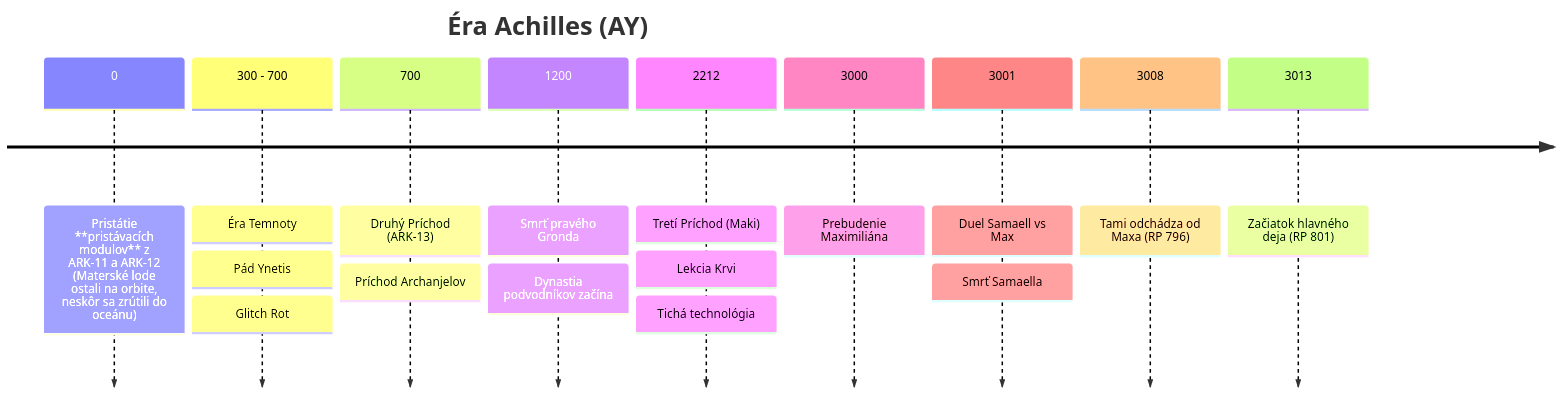
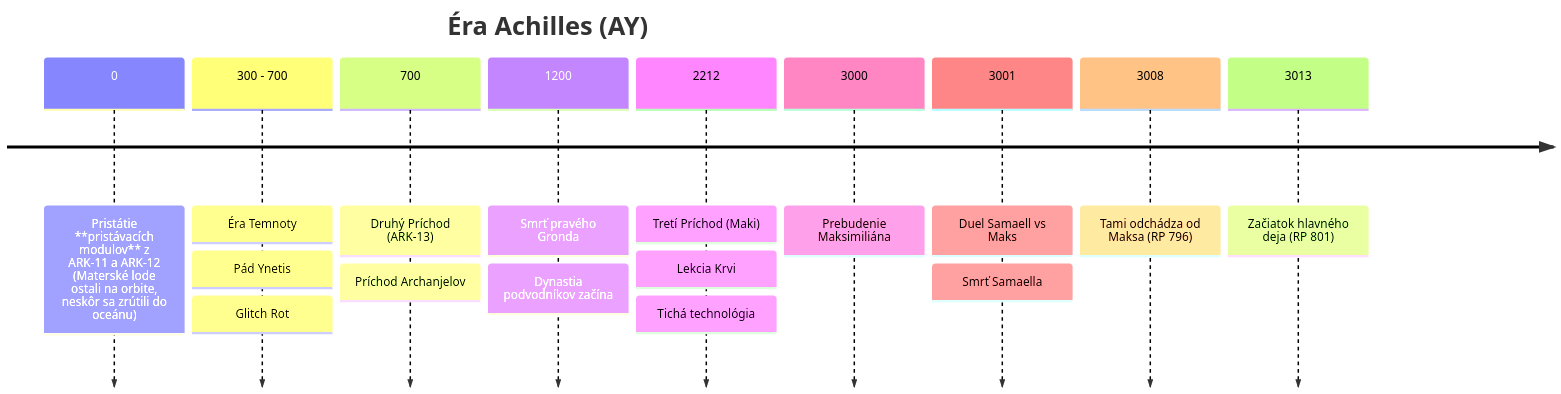
One commit to BranLang/null-void changed the second of 2 diagrams in World-Bible/01-timeline.md. Above: the diagram before and after it, drawn with Mermaid. The commit also changed other lines of this file and 95 other files, not shown here.

First line of the commit message:
Rename Maximilian/Max → Maksimilian/Maks across entire project

````diff
--- a/World-Bible/01-timeline.md
+++ b/World-Bible/01-timeline.md
@@ -24,13 +24,13 @@
 ```mermaid
 timeline
     title Éra Achilles (AY)
     0 : Pristátie **pristávacích modulov** z ARK-11 a ARK-12 (Materské lode ostali na orbite, neskôr sa zrútili do oceánu)
     300 - 700 : Éra Temnoty : Pád Ynetis : Glitch Rot
     700 : Druhý Príchod (ARK-13) : Príchod Archanjelov
     1200 : Smrť pravého Gronda : Dynastia podvodníkov začína
     2212 : Tretí Príchod (Maki) : Lekcia Krvi : Tichá technológia
-    3000 : Prebudenie Maximiliána
-    3001 : Duel Samaell vs Max : Smrť Samaella
-    3008 : Tami odchádza od Maxa (RP 796)
+    3000 : Prebudenie Maksimiliána
+    3001 : Duel Samaell vs Maks : Smrť Samaella
+    3008 : Tami odchádza od Maksa (RP 796)
     3013 : Začiatok hlavného deja (RP 801)
 ```
````
